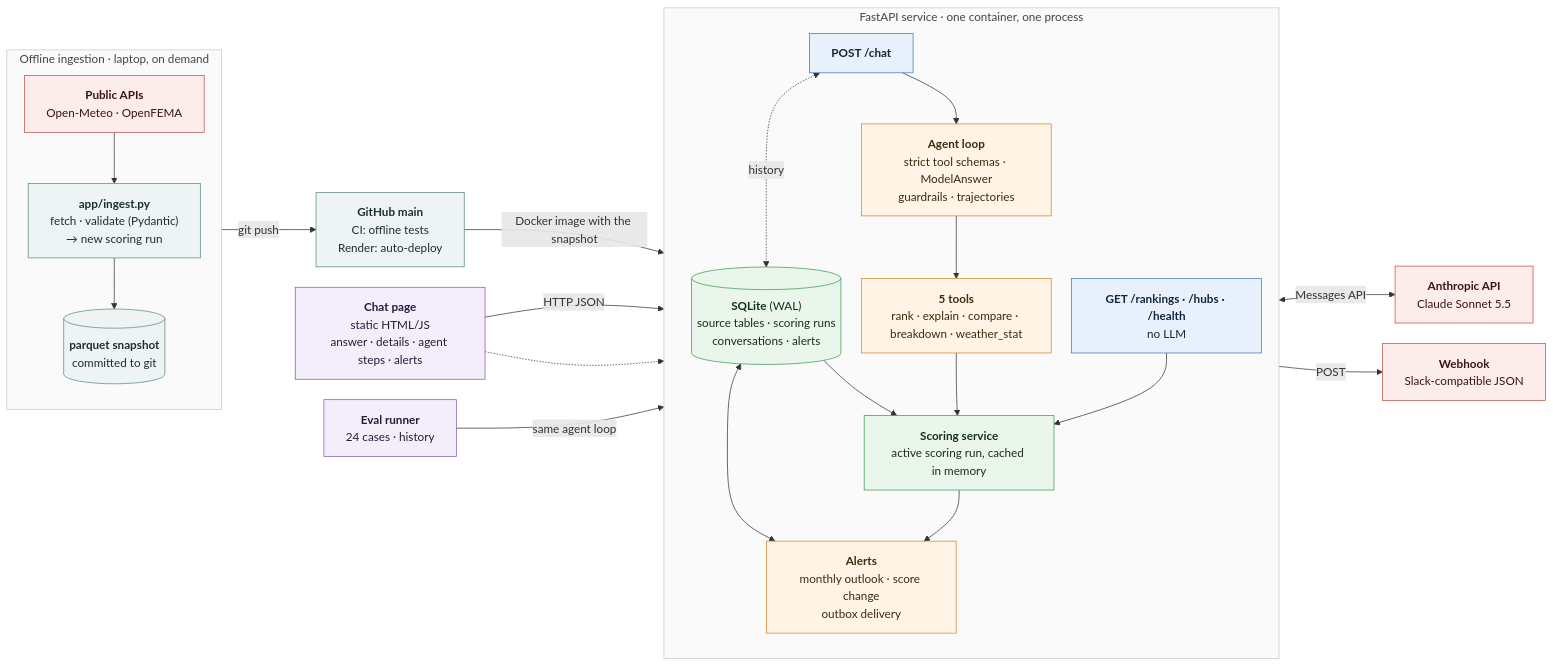
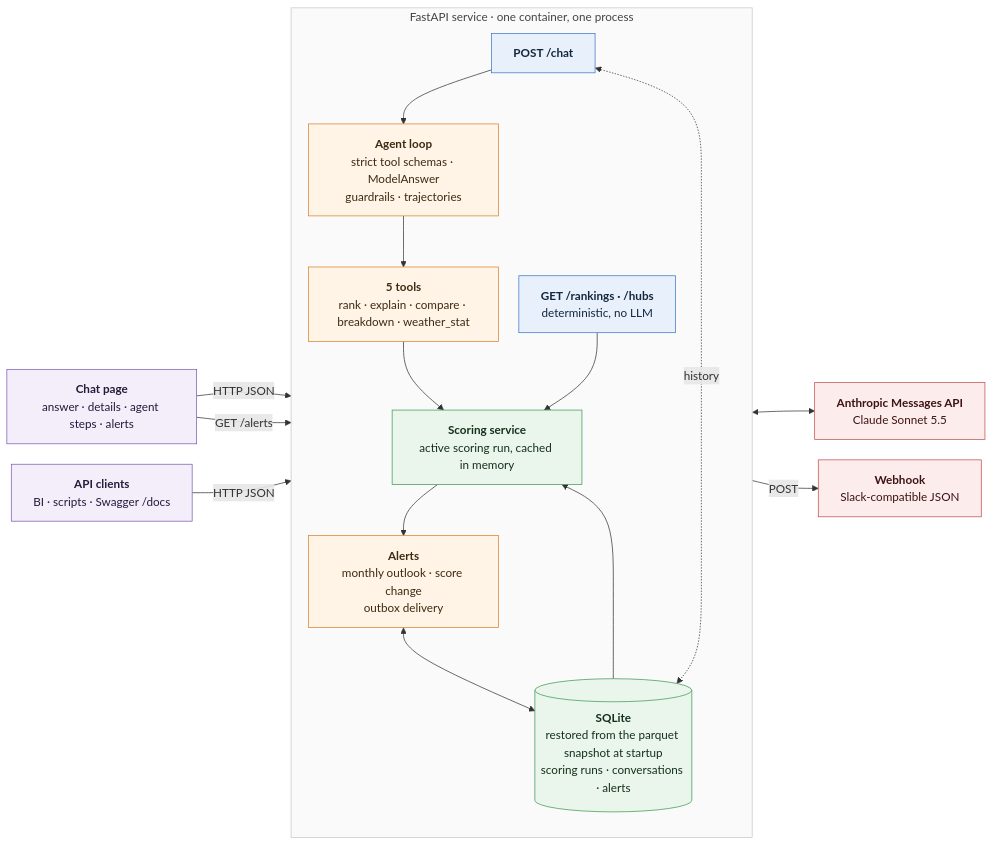
One commit to Omer212111/Home-assignment-Moveo changed the first of 3 diagrams in docs/ARCHITECTURE.md. Above: the diagram before and after it, drawn with Mermaid. The commit also changed other lines of this file and 8 other files, not shown here.

First line of the commit message:
Architecture diagrams show the running system only (ingestion and deployment moved to setup); /rankings drawn with its real callers (API clients); PDF summary updated

````diff
--- a/docs/ARCHITECTURE.md
+++ b/docs/ARCHITECTURE.md
@@ -10,64 +10,51 @@
 ```mermaid
 ---
 config:
   flowchart:
     curve: basis
     nodeSpacing: 28
     rankSpacing: 45
 ---
 flowchart LR
-    subgraph OFF["Offline ingestion · laptop, on demand"]
-        direction TB
-        APIS["<b>Public APIs</b><br/>Open-Meteo · OpenFEMA"]
-        ING["<b>app/ingest.py</b><br/>fetch · validate (Pydantic)<br/>→ new scoring run"]
-        SNAP[("<b>parquet snapshot</b><br/>committed to git")]
-        APIS --> ING --> SNAP
-    end
-
-    GIT["<b>GitHub main</b><br/>CI: offline tests<br/>Render: auto-deploy"]
+    UI["<b>Chat page</b><br/>answer · details · agent steps · alerts"]
+    CLIENTS["<b>API clients</b><br/>BI · scripts · Swagger /docs"]
 
     subgraph SVC["FastAPI service · one container, one process"]
         direction TB
-        DB[("<b>SQLite</b> (WAL)<br/>source tables · scoring runs<br/>conversations · alerts")]
-        ENG["<b>Scoring service</b><br/>active scoring run, cached in memory"]
         CHAT["<b>POST /chat</b>"]
         AGENT["<b>Agent loop</b><br/>strict tool schemas · ModelAnswer<br/>guardrails · trajectories"]
         TOOLS["<b>5 tools</b><br/>rank · explain · compare · breakdown · weather_stat"]
-        REST["<b>GET /rankings · /hubs · /health</b><br/>no LLM"]
+        REST["<b>GET /rankings · /hubs</b><br/>deterministic, no LLM"]
+        ENG["<b>Scoring service</b><br/>active scoring run, cached in memory"]
+        DB[("<b>SQLite</b><br/>restored from the parquet snapshot at startup<br/>scoring runs · conversations · alerts")]
         ALERT["<b>Alerts</b><br/>monthly outlook · score change<br/>outbox delivery"]
-        DB --> ENG
         CHAT --> AGENT --> TOOLS --> ENG
         REST --> ENG
+        DB --> ENG
         ENG --> ALERT
         ALERT <--> DB
         CHAT <-. "history" .-> DB
     end
 
-    UI["<b>Chat page</b><br/>static HTML/JS<br/>answer · details · agent steps · alerts"]
-    CLAUDE["<b>Anthropic API</b><br/>Claude Sonnet 5.5"]
+    CLAUDE["<b>Anthropic Messages API</b><br/>Claude Sonnet 5.5"]
     HOOK["<b>Webhook</b><br/>Slack-compatible JSON"]
-    EVAL["<b>Eval runner</b><br/>24 cases · history"]
 
-    SNAP -- "git push" --> GIT
-    GIT -- "Docker image with the snapshot" --> DB
     UI -- "HTTP JSON" --> CHAT
-    UI -.-> REST
-    EVAL -- "same agent loop" --> AGENT
-    AGENT <-- "Messages API" --> CLAUDE
+    UI -- "GET /alerts" --> ALERT
+    CLIENTS -- "HTTP JSON" --> REST
+    AGENT <--> CLAUDE
     ALERT -- "POST" --> HOOK
 
     classDef client fill:#f3eefa,stroke:#7d5bb5,color:#271a3b
     classDef api fill:#e8f1fb,stroke:#3b78c3,color:#13263d
     classDef agent fill:#fff4e5,stroke:#d9822b,color:#3d2a12
     classDef ext fill:#fdecec,stroke:#c0504d,color:#3b1414
     classDef eng fill:#eaf6ec,stroke:#3c9a52,color:#14301b
-    classDef batch fill:#eef3f3,stroke:#5b8a8a,color:#1d2e2e
     classDef group fill:#fafafa,stroke:#c8c8c8,color:#444
-    class UI,EVAL client
+    class UI,CLIENTS client
     class CHAT,REST api
     class AGENT,TOOLS,ALERT agent
-    class CLAUDE,HOOK,APIS ext
+    class CLAUDE,HOOK ext
     class ENG,DB eng
-    class ING,SNAP,GIT batch
-    class OFF,SVC group
+    class SVC group
 ```
````
